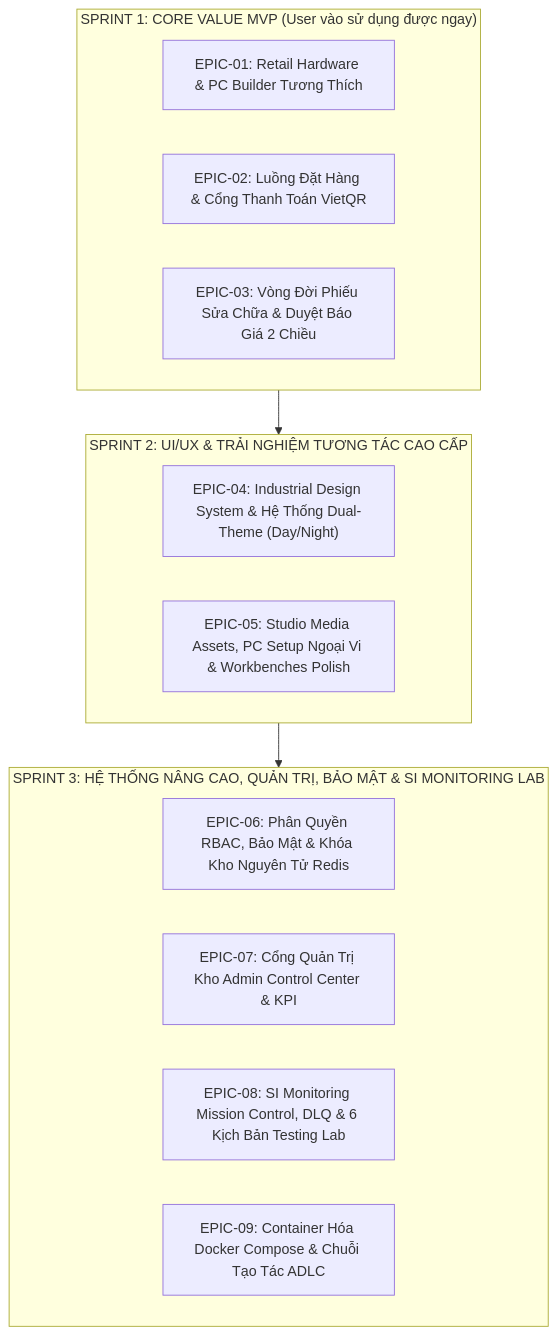
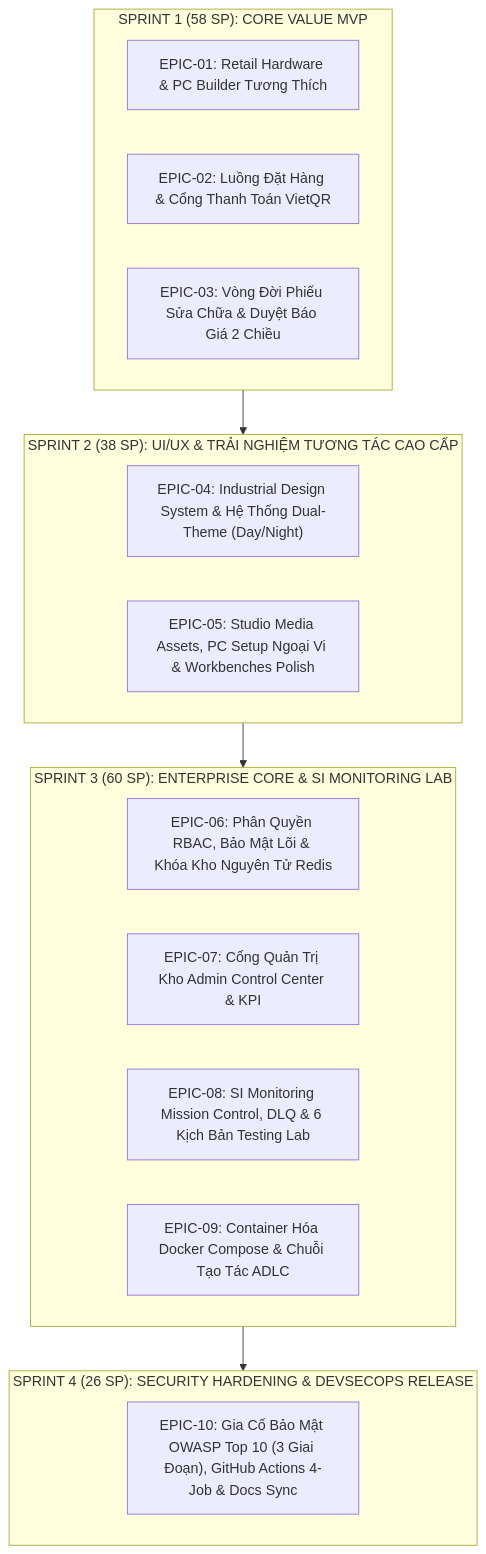
The diagram in docs/scrum/PRODUCT-BACKLOG.md (itsminloc/Cyberig), drawn with Mermaid before and after one commit. The commit also changed other lines of this file and 10 other files, not shown here.

````diff
--- a/docs/scrum/PRODUCT-BACKLOG.md
+++ b/docs/scrum/PRODUCT-BACKLOG.md
@@ -14,23 +16,28 @@
 ```mermaid
 flowchart TD
-    subgraph SPRINT1["SPRINT 1: CORE VALUE MVP (User vào sử dụng được ngay)"]
+    subgraph SPRINT1["SPRINT 1 (58 SP): CORE VALUE MVP"]
         E01["EPIC-01: Retail Hardware & PC Builder Tương Thích"]
         E02["EPIC-02: Luồng Đặt Hàng & Cổng Thanh Toán VietQR"]
         E03["EPIC-03: Vòng Đời Phiếu Sửa Chữa & Duyệt Báo Giá 2 Chiều"]
     end
 
-    subgraph SPRINT2["SPRINT 2: UI/UX & TRẢI NGHIỆM TƯƠNG TÁC CAO CẤP"]
+    subgraph SPRINT2["SPRINT 2 (38 SP): UI/UX & TRẢI NGHIỆM TƯƠNG TÁC CAO CẤP"]
         E04["EPIC-04: Industrial Design System & Hệ Thống Dual-Theme (Day/Night)"]
         E05["EPIC-05: Studio Media Assets, PC Setup Ngoại Vi & Workbenches Polish"]
     end
 
-    subgraph SPRINT3["SPRINT 3: HỆ THỐNG NÂNG CAO, QUẢN TRỊ, BẢO MẬT & SI MONITORING LAB"]
-        E06["EPIC-06: Phân Quyền RBAC, Bảo Mật & Khóa Kho Nguyên Tử Redis"]
+    subgraph SPRINT3["SPRINT 3 (60 SP): ENTERPRISE CORE & SI MONITORING LAB"]
+        E06["EPIC-06: Phân Quyền RBAC, Bảo Mật Lõi & Khóa Kho Nguyên Tử Redis"]
         E07["EPIC-07: Cổng Quản Trị Kho Admin Control Center & KPI"]
         E08["EPIC-08: SI Monitoring Mission Control, DLQ & 6 Kịch Bản Testing Lab"]
         E09["EPIC-09: Container Hóa Docker Compose & Chuỗi Tạo Tác ADLC"]
     end
 
+    subgraph SPRINT4["SPRINT 4 (26 SP): SECURITY HARDENING & DEVSECOPS RELEASE"]
+        E10["EPIC-10: Gia Cố Bảo Mật OWASP Top 10 (3 Giai Đoạn), GitHub Actions 4-Job & Docs Sync"]
+    end
+
     SPRINT1 --> SPRINT2
     SPRINT2 --> SPRINT3
+    SPRINT3 --> SPRINT4
 ```
````
